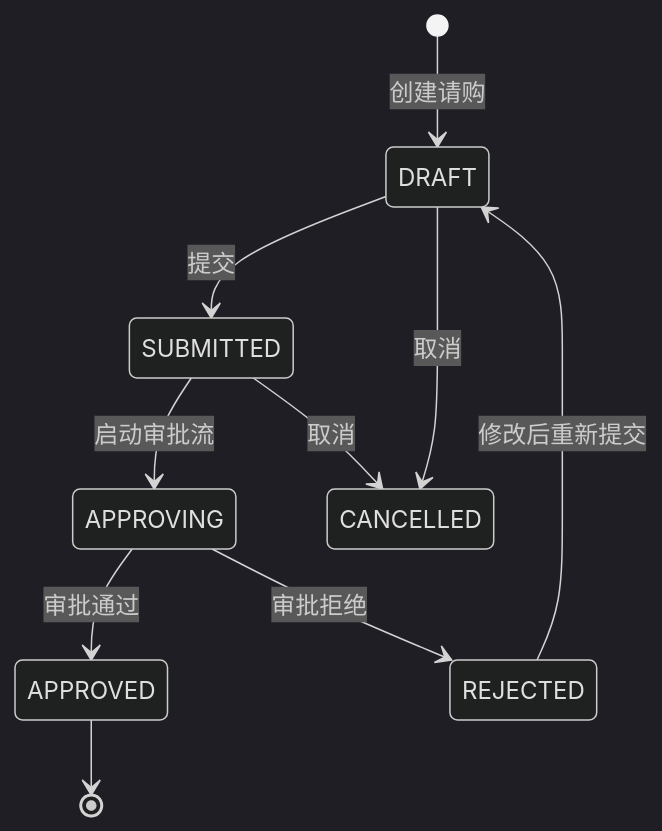
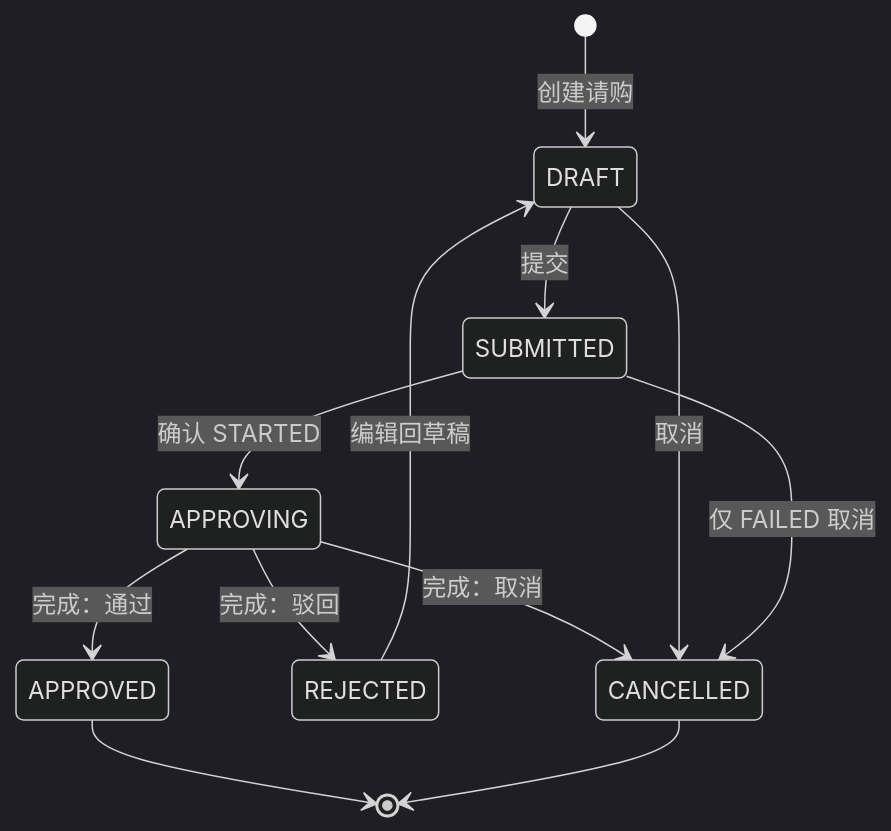
The third of 7 diagrams in docs/design/procurement-design.md (wang-baohai/Omni-Stack), drawn with Mermaid (dark theme) before and after one commit. The commit also changed other lines of this file and 1095 other files, not shown here.

````diff
--- a/docs/design/procurement-design.md
+++ b/docs/design/procurement-design.md
@@ -221,12 +220,14 @@
 ```mermaid
 stateDiagram-v2
     [*] --> DRAFT: 创建请购
     DRAFT --> SUBMITTED: 提交
-    SUBMITTED --> APPROVING: 启动审批流
-    APPROVING --> APPROVED: 审批通过
-    APPROVING --> REJECTED: 审批拒绝
+    SUBMITTED --> APPROVING: 确认 STARTED
+    APPROVING --> APPROVED: 完成：通过
+    APPROVING --> REJECTED: 完成：驳回
+    APPROVING --> CANCELLED: 完成：取消
     DRAFT --> CANCELLED: 取消
-    SUBMITTED --> CANCELLED: 取消
+    SUBMITTED --> CANCELLED: 仅 FAILED 取消
+    REJECTED --> DRAFT: 编辑回草稿
     APPROVED --> [*]
-    REJECTED --> DRAFT: 修改后重新提交
+    CANCELLED --> [*]
 ```
````
